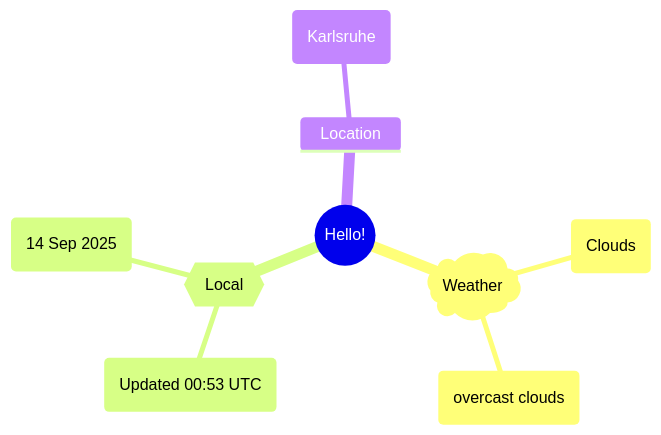
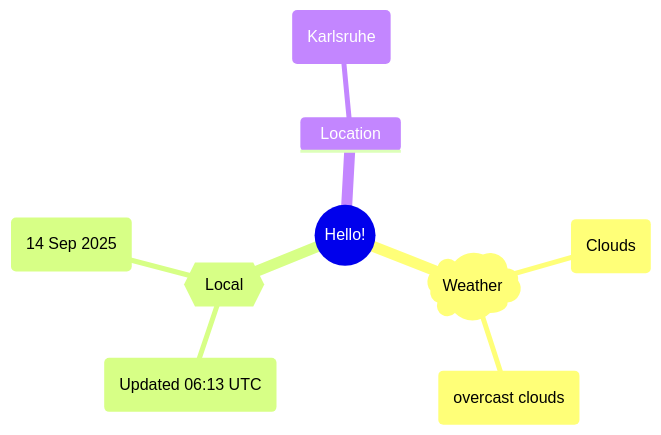
Before and after one commit to Xosrov/Xosrov: the first of 2 diagrams in README.md, drawn with Mermaid.

Commit message:
[bot] updated images

````diff
--- a/README.md
+++ b/README.md
@@ -3,12 +3,12 @@
 ```mermaid
 mindmap
   root((Hello!))
     )Weather(
         (Clouds)
         (overcast clouds)
     {{Local}}
-        (Updated 00:53 UTC)
+        (Updated 06:13 UTC)
         (14 Sep 2025)
     Location
         (Karlsruhe)
 ```
````
